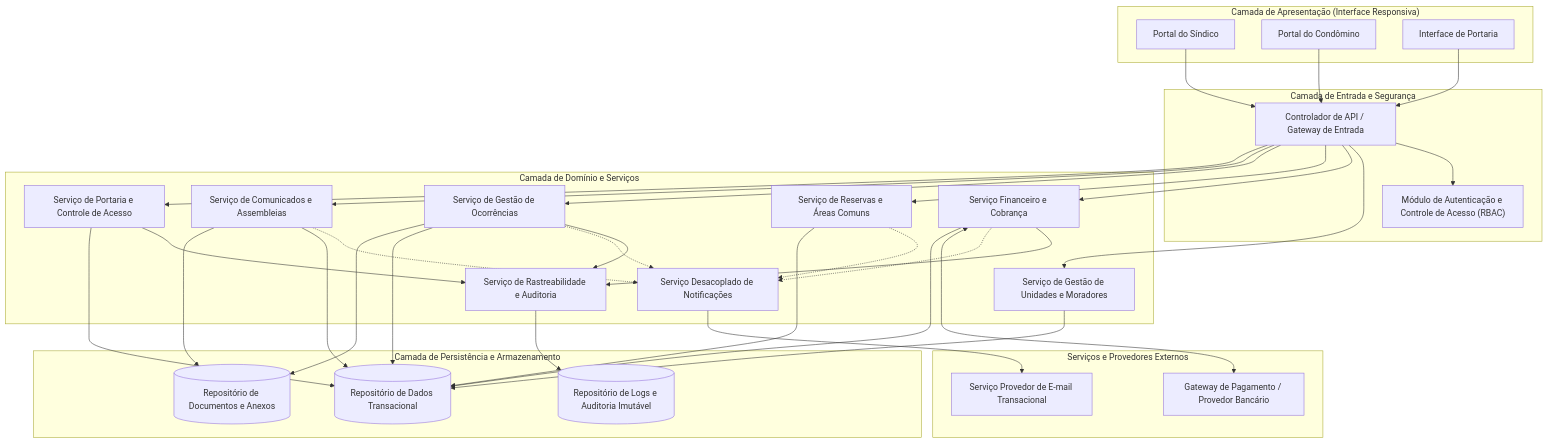
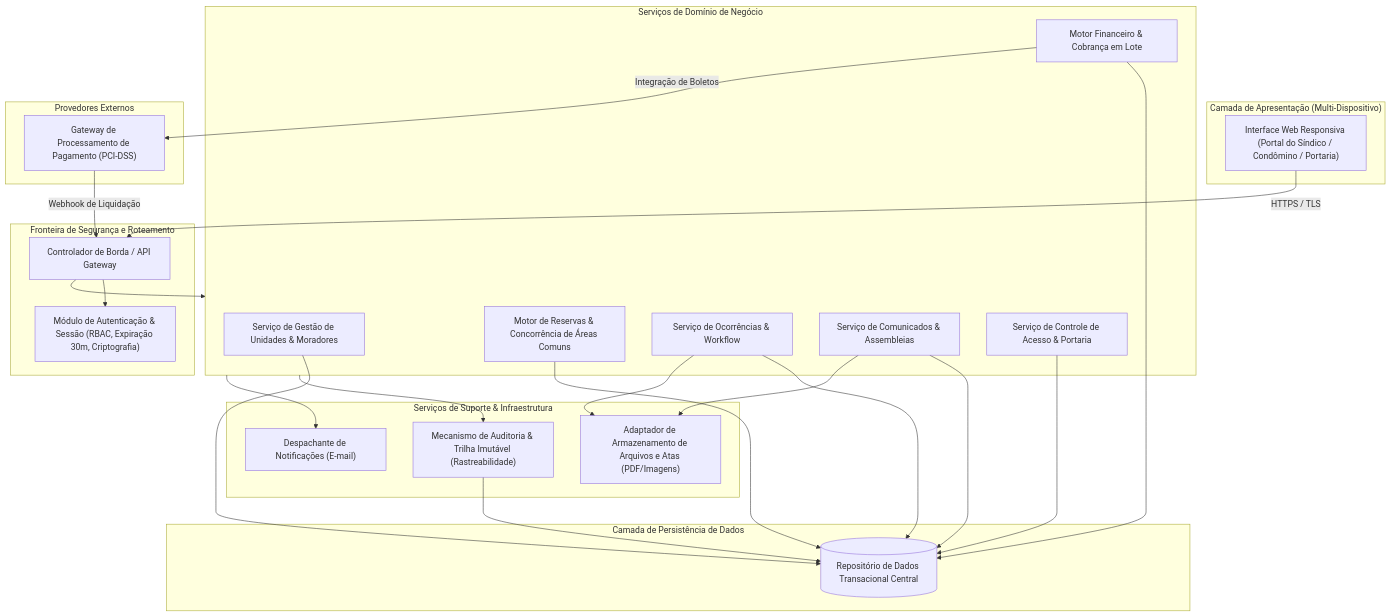
The first of 3 diagrams in docs/Time_2_Design/analise-qualitativa/outputs/relatorio_gemini_3_7_flash_M04.md (PDC-ESIA/AI4ES), drawn with Mermaid before and after one commit. The commit also changed other lines of this file and 107 other files, not shown here.

````diff
--- a/docs/Time_2_Design/analise-qualitativa/outputs/relatorio_gemini_3_7_flash_M04.md
+++ b/docs/Time_2_Design/analise-qualitativa/outputs/relatorio_gemini_3_7_flash_M04.md
@@ -32,75 +30,55 @@
 ```mermaid
-flowchart TB
-    subgraph Camada_Apresentacao["Camada de Apresentação (Interface Responsiva)"]
-        UI_Sindico["Portal do Síndico"]
-        UI_Condomino["Portal do Condômino"]
-        UI_Portaria["Interface de Portaria"]
+flowchart TD
+    subgraph ClientTier["Camada de Apresentação (Multi-Dispositivo)"]
+        UI_Web["Interface Web Responsiva (Portal do Síndico / Condômino / Portaria)"]
     end
 
-    subgraph Camada_Fronteira["Camada de Entrada e Segurança"]
-        APIGateway["Controlador de API / Gateway de Entrada"]
-        AuthModule["Módulo de Autenticação e Controle de Acesso (RBAC)"]
+    subgraph SecurityBoundary["Fronteira de Segurança e Roteamento"]
+        APIGateway["Controlador de Borda / API Gateway"]
+        AuthModule["Módulo de Autenticação & Sessão (RBAC, Expiração 30m, Criptografia)"]
     end
 
-    subgraph Camada_Negocio["Camada de Domínio e Serviços"]
-        SvcUnidades["Serviço de Gestão de Unidades e Moradores"]
-        SvcFinanceiro["Serviço Financeiro e Cobrança"]
-        SvcReservas["Serviço de Reservas e Áreas Comuns"]
-        SvcOcorrencias["Serviço de Gestão de Ocorrências"]
-        SvcComunicados["Serviço de Comunicados e Assembleias"]
-        SvcAcesso["Serviço de Portaria e Controle de Acesso"]
-        SvcAuditoria["Serviço de Rastreabilidade e Auditoria"]
-        SvcNotificacao["Serviço Desacoplado de Notificações"]
+    subgraph CoreDomain["Serviços de Domínio de Negócio"]
+        UnidadesService["Serviço de Gestão de Unidades & Moradores"]
+        FinanceiroService["Motor Financeiro & Cobrança em Lote"]
+        ReservasService["Motor de Reservas & Concorrência de Áreas Comuns"]
+        OcorrenciasService["Serviço de Ocorrências & Workflow"]
+        ComunicadosService["Serviço de Comunicados & Assembleias"]
+        PortariaService["Serviço de Controle de Acesso & Portaria"]
     end
 
-    subgraph Camada_Persistencia["Camada de Persistência e Armazenamento"]
-        DB_Transacional[("Repositório de Dados Transacional")]
-        DB_Auditoria[("Repositório de Logs e Auditoria Imutável")]
-        Storage_Docs[("Repositório de Documentos e Anexos")]
+    subgraph InfrastructureLayer["Serviços de Suporte & Infraestrutura"]
+        AuditEngine["Mecanismo de Auditoria & Trilha Imutável (Rastreabilidade)"]
+        NotificationEngine["Despachante de Notificações (E-mail)"]
+        FileStoreAdapter["Adaptador de Armazenamento de Arquivos e Atas (PDF/Imagens)"]
     end
 
-    subgraph Servicos_Externos["Serviços e Provedores Externos"]
-        ExtGatewayPagamento["Gateway de Pagamento / Provedor Bancário"]
-        ExtEmailProvider["Serviço Provedor de E-mail Transacional"]
+    subgraph DataPersistenceTier["Camada de Persistência de Dados"]
+        Database[("Repositório de Dados Transacional Central")]
     end
 
-    %% Conexões Apresentação para Entrada
-    UI_Sindico --> APIGateway
-    UI_Condomino --> APIGateway
-    UI_Portaria --> APIGateway
+    subgraph ExternalIntegrations["Provedores Externos"]
+        PaymentGateway["Gateway de Processamento de Pagamento (PCI-DSS)"]
+    end
 
-    %% Roteamento e Segurança
+    UI_Web -->|HTTPS / TLS| APIGateway
     APIGateway --> AuthModule
-    APIGateway --> SvcUnidades
-    APIGateway --> SvcFinanceiro
-    APIGateway --> SvcReservas
-    APIGateway --> SvcOcorrencias
-    APIGateway --> SvcComunicados
-    APIGateway --> SvcAcesso
+    APIGateway --> CoreDomain
 
-    %% Interações de Domínio e Auditoria
-    SvcFinanceiro --> SvcAuditoria
-    SvcAcesso --> SvcAuditoria
-    SvcOcorrencias --> SvcAuditoria
+    UnidadesService --> Database
+    FinanceiroService --> Database
+    ReservasService --> Database
+    OcorrenciasService --> Database
+    ComunicadosService --> Database
+    PortariaService --> Database
 
-    %% Notificações
-    SvcFinanceiro -.-> SvcNotificacao
-    SvcComunicados -.-> SvcNotificacao
-    SvcOcorrencias -.-> SvcNotificacao
-    SvcReservas -.-> SvcNotificacao
+    FinanceiroService -->|Integração de Boletos| PaymentGateway
+    PaymentGateway -->|Webhook de Liquidação| APIGateway
 
-    %% Integrações Externas
-    SvcFinanceiro <--> ExtGatewayPagamento
-    SvcNotificacao --> ExtEmailProvider
-
-    %% Persistência
-    SvcUnidades --> DB_Transacional
-    SvcFinanceiro --> DB_Transacional
-    SvcReservas --> DB_Transacional
-    SvcOcorrencias --> DB_Transacional
-    SvcComunicados --> DB_Transacional
-    SvcAcesso --> DB_Transacional
-    SvcAuditoria --> DB_Auditoria
-    SvcComunicados --> Storage_Docs
-    SvcOcorrencias --> Storage_Docs
+    CoreDomain --> AuditEngine
+    AuditEngine --> Database
+    
+    CoreDomain --> NotificationEngine
+    ComunicadosService --> FileStoreAdapter
+    OcorrenciasService --> FileStoreAdapter
 ```
````
